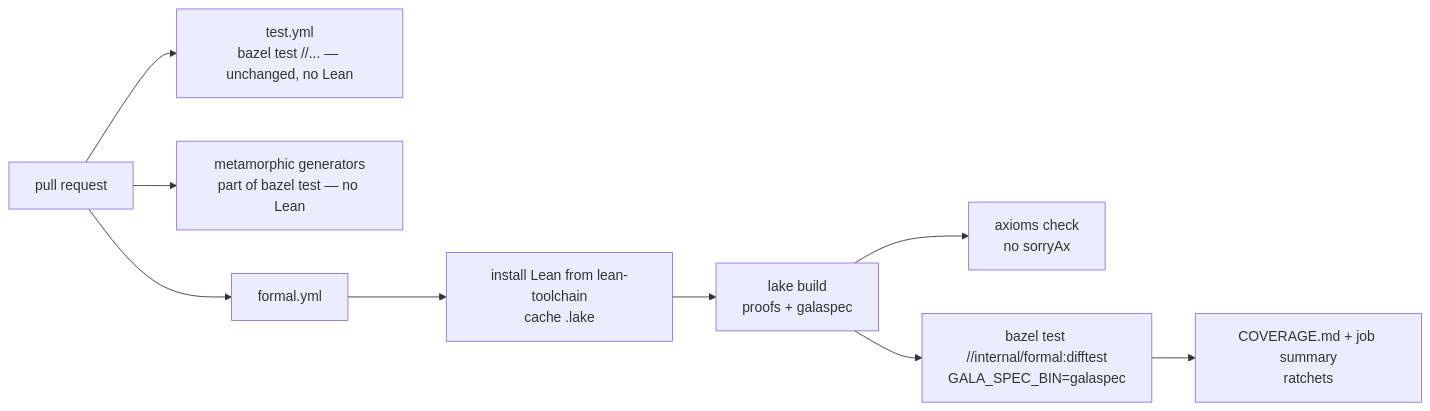
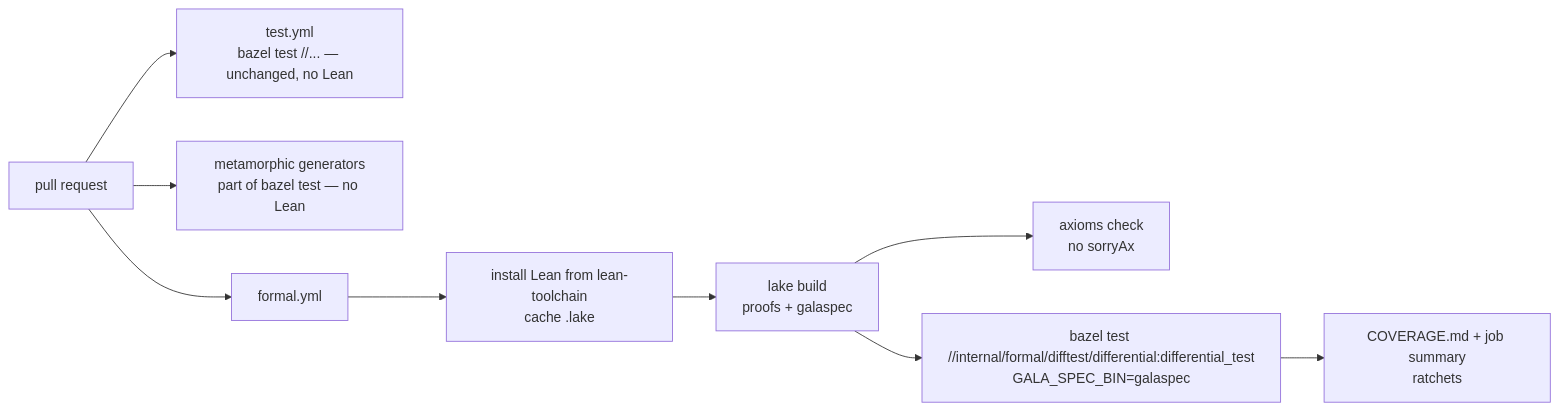
One commit to martianoff/gala changed the third of 4 diagrams in docs/FORMAL_SEMANTICS.MD. Above: the diagram before and after it, drawn with Mermaid. The commit also changed other lines of this file and 33 other files, not shown here.

First line of the commit message:
formal: differential harness comparing galaspec with the transpiler

````diff
--- a/docs/FORMAL_SEMANTICS.MD
+++ b/docs/FORMAL_SEMANTICS.MD
@@ -259,11 +265,11 @@
 ```mermaid
 flowchart LR
     PR[pull request] --> T[test.yml<br/>bazel test //... — unchanged, no Lean]
     PR --> M[metamorphic generators<br/>part of bazel test — no Lean]
     PR --> F[formal.yml]
     F --> L1[install Lean from lean-toolchain<br/>cache .lake]
     L1 --> L2[lake build<br/>proofs + galaspec]
     L2 --> L3[axioms check<br/>no sorryAx]
-    L2 --> L4[bazel test //internal/formal:difftest<br/>GALA_SPEC_BIN=galaspec]
+    L2 --> L4[bazel test //internal/formal/difftest/differential:differential_test<br/>GALA_SPEC_BIN=galaspec]
     L4 --> L5[COVERAGE.md + job summary<br/>ratchets]
 ```
````
